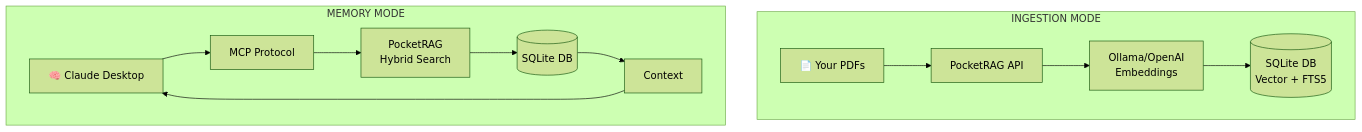
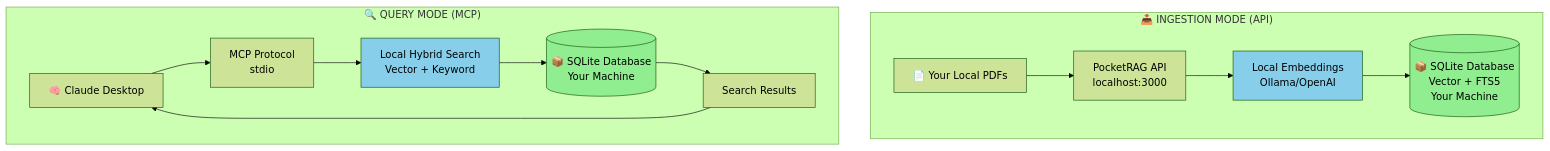
Before and after one commit to NaveenChand755/pocket-rag: the diagram in README.md, drawn with Mermaid (forest theme). The commit also changed other lines of this file and 23 other files, not shown here.

````diff
--- a/README.md
+++ b/README.md
@@ -47,16 +91,21 @@
 ```mermaid
 graph TB
-    subgraph "INGESTION MODE"
-        PDF[📄 Your PDFs] --> API[PocketRAG API]
-        API --> Embeddings[Ollama/OpenAI<br/>Embeddings]
-        Embeddings --> DB1[(SQLite DB<br/>Vector + FTS5)]
+    subgraph "📥 INGESTION MODE (API)"
+        PDF[📄 Your Local PDFs] --> API[PocketRAG API<br/>localhost:3000]
+        API --> Embed[Local Embeddings<br/>Ollama/OpenAI]
+        Embed --> DB1[(📦 SQLite Database<br/>Vector + FTS5<br/>Your Machine)]
     end
 
-    subgraph "MEMORY MODE"
-        Claude[🧠 Claude Desktop] --> MCP[MCP Protocol]
-        MCP --> RAG[PocketRAG<br/>Hybrid Search]
-        RAG --> DB2[(SQLite DB)]
-        DB2 --> Context[Context]
-        Context --> Claude
+    subgraph "🔍 QUERY MODE (MCP)"
+        Claude[🧠 Claude Desktop] --> MCP[MCP Protocol<br/>stdio]
+        MCP --> Search[Local Hybrid Search<br/>Vector + Keyword]
+        Search --> DB2[(📦 SQLite Database<br/>Your Machine)]
+        DB2 --> Results[Search Results]
+        Results --> Claude
     end
+
+    style DB1 fill:#90EE90
+    style DB2 fill:#90EE90
+    style Embed fill:#87CEEB
+    style Search fill:#87CEEB
 ```
````
